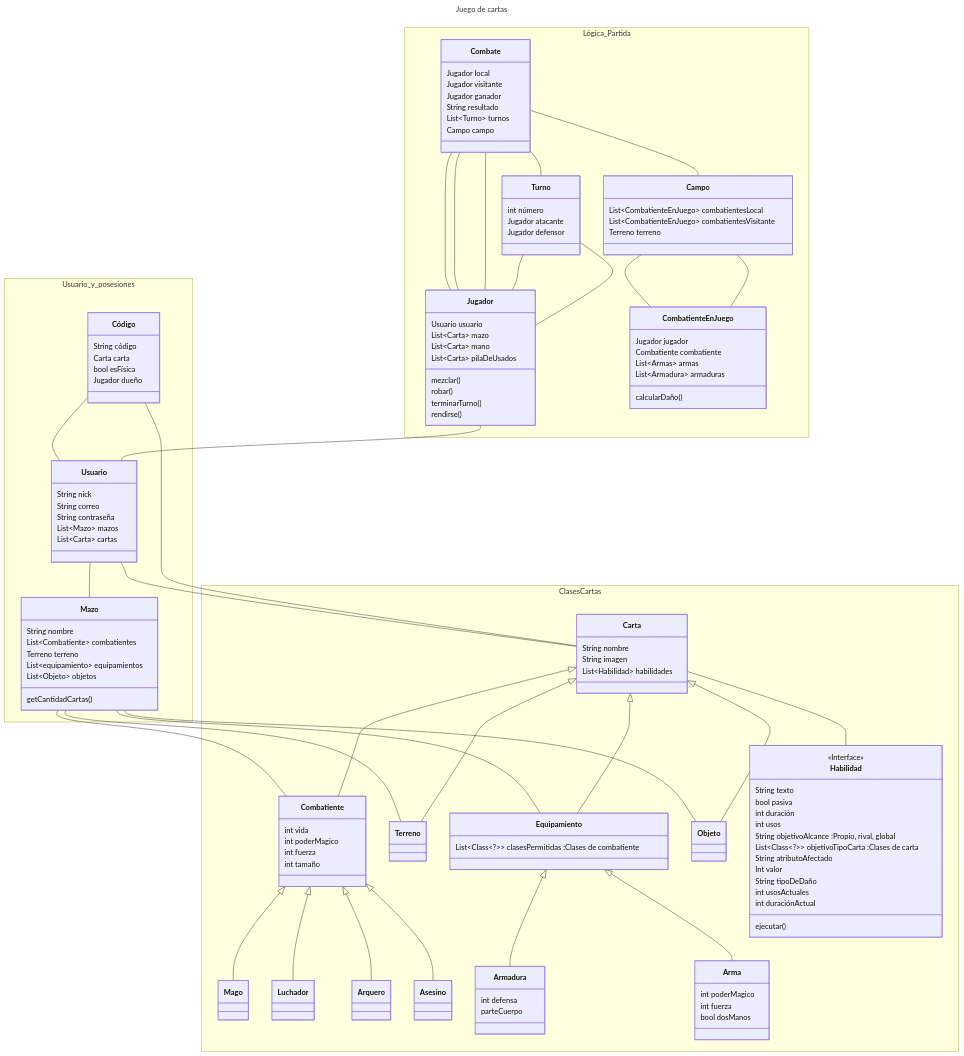
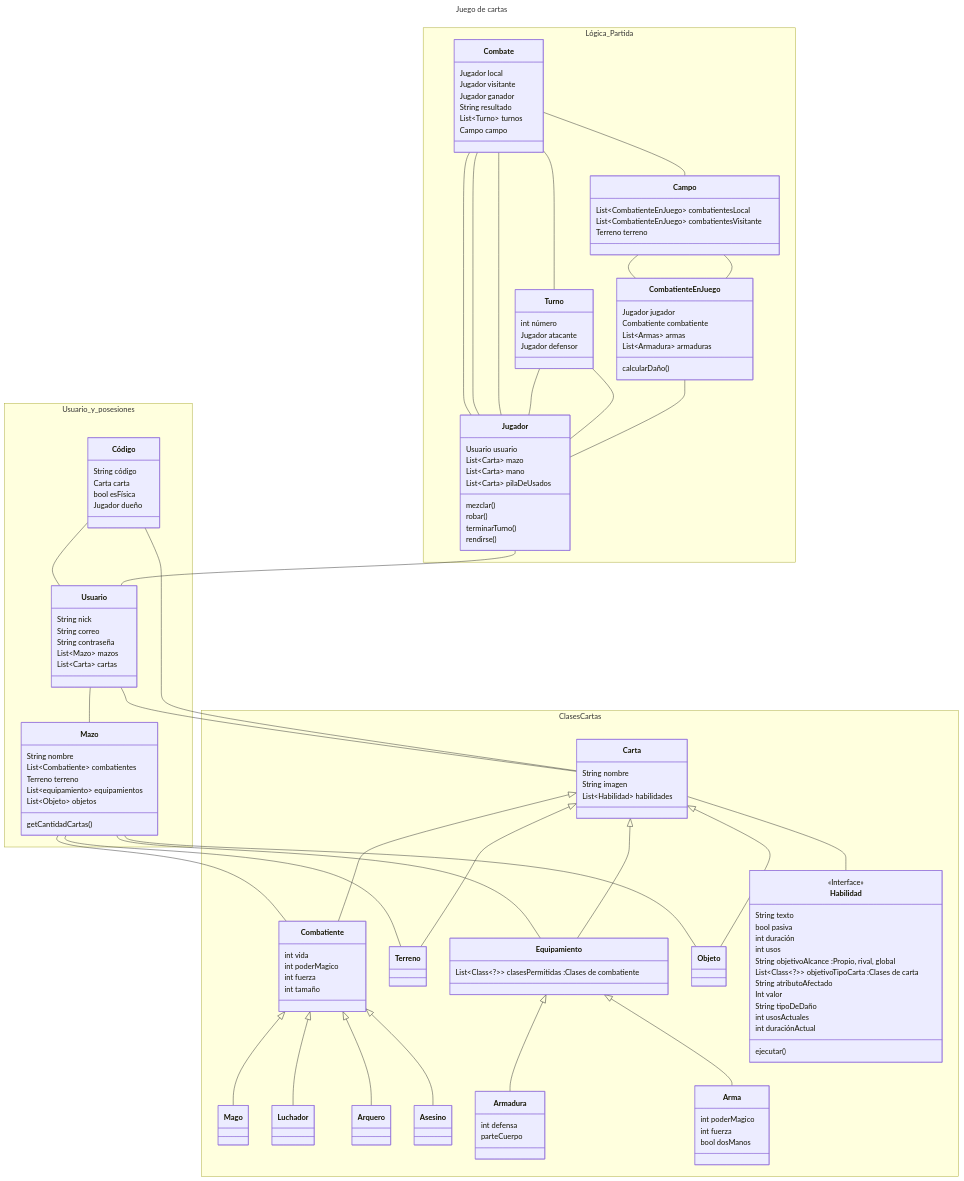
The diagram in Diagrama de clases.mmd (utnfrrodsw/tp), drawn with Mermaid before and after one commit.

Commit message:
Update Diagrama de clases.mmd

```diff
--- a/Diagrama de clases.mmd
+++ b/Diagrama de clases.mmd
@@ -1,180 +1,181 @@
 ---
 title: Juego de cartas
 ---
 classDiagram
 
 namespace Usuario_y_posesiones {  
     class Usuario{
         String nick
         String correo
         String contraseña
         List~Mazo~ mazos
         List~Carta~ cartas
     }
 
     class Mazo{
         String nombre
         List~Combatiente~ combatientes
         Terreno terreno
         List~equipamiento~ equipamientos
         List~Objeto~ objetos
         getCantidadCartas()
     }
 
     class Código{
         String código
         Carta carta
         bool esFísica
         Jugador dueño
     }
 
 }
     Mazo -- Combatiente
     Mazo -- Terreno
     Mazo -- Equipamiento
     Mazo -- Objeto
     Usuario -- Mazo
     Usuario -- Carta
     Código -- Carta
     Código -- Usuario
 
 namespace Clases Cartas {
     class Carta{
         String nombre
         String imagen
         List~Habilidad~ habilidades
     }
 
     class Objeto{
         
     }
     
     class Combatiente{
         int vida
         int poderMagico
         int fuerza
         int tamaño
     }
 
     class Mago{
 
     }
 
     class Luchador{
 
     }
 
     class Arquero{
 
     }
 
     class Asesino{
 
     }
 
 
     class Equipamiento{
         List~Class~?~~ clasesPermitidas :Clases de combatiente
     }
 
     class Armadura{
         int defensa
         parteCuerpo
 
     }
 
     class Arma{
         int poderMagico
         int fuerza
         
         bool dosManos
     }
 
     class Terreno{
     }
 
     class Habilidad{
         <<Interface>>
         String texto
         bool pasiva
         int duración
         int usos
         String objetivoAlcance :Propio, rival, global
         List~Class~?~~ objetivoTipoCarta :Clases de carta
         String atributoAfectado
         Int valor
         String tipoDeDaño
         int usosActuales
         int duraciónActual
 
         ejecutar()
     }
 }
     Carta <|-- Combatiente
     Carta <|-- Equipamiento
     Carta <|-- Objeto
     Carta <|-- Terreno
     Carta -- Habilidad
 
     Combatiente <|-- Mago
     Combatiente <|-- Luchador
     Combatiente <|-- Asesino
     Combatiente <|-- Arquero
     Equipamiento <|-- Armadura
     Equipamiento <|-- Arma
 
 
 
 namespace Lógica_Partida {
 
     class Combate{
         Jugador local
         Jugador visitante
         Jugador ganador
         String resultado
         List~Turno~ turnos
         Campo campo
     }
 
     class Jugador{
         Usuario usuario
         List~Carta~ mazo
         List~Carta~ mano
         List~Carta~ pilaDeUsados
         mezclar()
         robar()
         terminarTurno()
         rendirse()
     }
 
     class Turno{
         int número
         Jugador atacante
         Jugador defensor
     }
 
     class CombatienteEnJuego{
         Jugador jugador
         Combatiente combatiente
         List~Armas~ armas
         List~Armadura~ armaduras
         calcularDaño()
     }
 
     class Campo{
         List~CombatienteEnJuego~ combatientesLocal
         List~CombatienteEnJuego~ combatientesVisitante
         Terreno terreno
     }
 
 }
     Combate -- Jugador
     Combate -- Jugador
     Combate -- Jugador
     Combate -- Turno
     Combate -- Campo
     Turno -- Jugador
     Turno -- Jugador
     Jugador -- Usuario
+    CombatienteEnJuego -- Jugador
     Campo -- CombatienteEnJuego
     Campo -- CombatienteEnJuego
```
